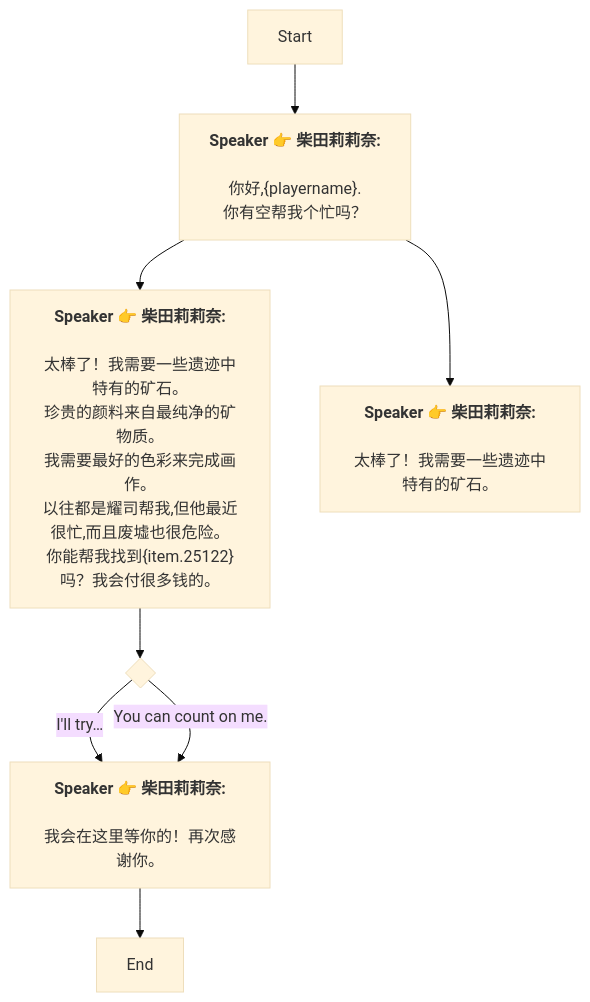
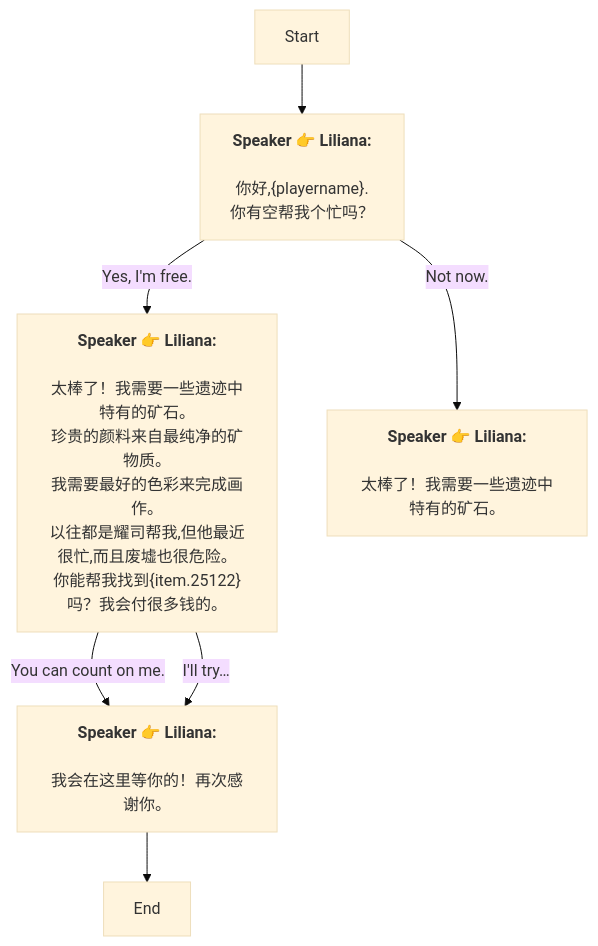
Before and after one commit to SoftHu/tos_avg: the diagram in Zh/Dialog_55274881943531.md, drawn with Mermaid (base theme). The commit also changed 737 other files, not shown here.

````diff
--- a/Zh/Dialog_55274881943531.md
+++ b/Zh/Dialog_55274881943531.md
@@ -1,26 +1,17 @@
 ```mermaid
 graph
-Start -->1768796755592191[<b>Speaker 👉 柴田莉莉奈:</b>
-
-你好,&lbrace;playername&rbrace;.
+Start -->1768796755592191[<b>Speaker 👉 Liliana:</b>
+\n你好,&lbrace;playername&rbrace;.
 你有空帮我个忙吗？]
-1768796755592191 -->1768799370779653[<b>Speaker 👉 柴田莉莉奈:</b>
-
-太棒了！我需要一些遗迹中特有的矿石。
-珍贵的颜料来自最纯净的矿物质。
-我需要最好的色彩来完成画作。
-以往都是耀司帮我,但他最近很忙,而且废墟也很危险。
-你能帮我找到&lbrace;item.25122&rbrace;吗？我会付很多钱的。]
-1768796755592191 -->1768801758507014[<b>Speaker 👉 柴田莉莉奈:</b>
-
-太棒了！我需要一些遗迹中特有的矿石。]
-1768799370779653 -->1768801846319116{ }
-1768801846319116 -->|I'll try…|1768801864766477[<b>Speaker 👉 柴田莉莉奈:</b>
-
-我会在这里等你的！再次感谢你。]
-1768801846319116 -->|You can count on me.|1768801864766477[<b>Speaker 👉 柴田莉莉奈:</b>
-
-我会在这里等你的！再次感谢你。]
+1768796755592191 -->|Yes, I'm free.|1768799370779653[<b>Speaker 👉 Liliana:</b>
+\n太棒了！我需要一些遗迹中特有的矿石。\n珍贵的颜料来自最纯净的矿物质。
+我需要最好的色彩来完成画作。\n以往都是耀司帮我,但他最近很忙,而且废墟也很危险。\n你能帮我找到&lbrace;item.25122&rbrace;吗？我会付很多钱的。]
+1768796755592191 -->|Not now.|1768801758507014[<b>Speaker 👉 Liliana:</b>
+\n太棒了！我需要一些遗迹中特有的矿石。]
+1768799370779653 -->|You can count on me.|1768801864766477[<b>Speaker 👉 Liliana:</b>
+\n我会在这里等你的！再次感谢你。]
+1768799370779653 -->|I'll try…|1768801864766477[<b>Speaker 👉 Liliana:</b>
+\n我会在这里等你的！再次感谢你。]
 1768801864766477 -->1768796745671678[End]
 
- ```
+```
````
